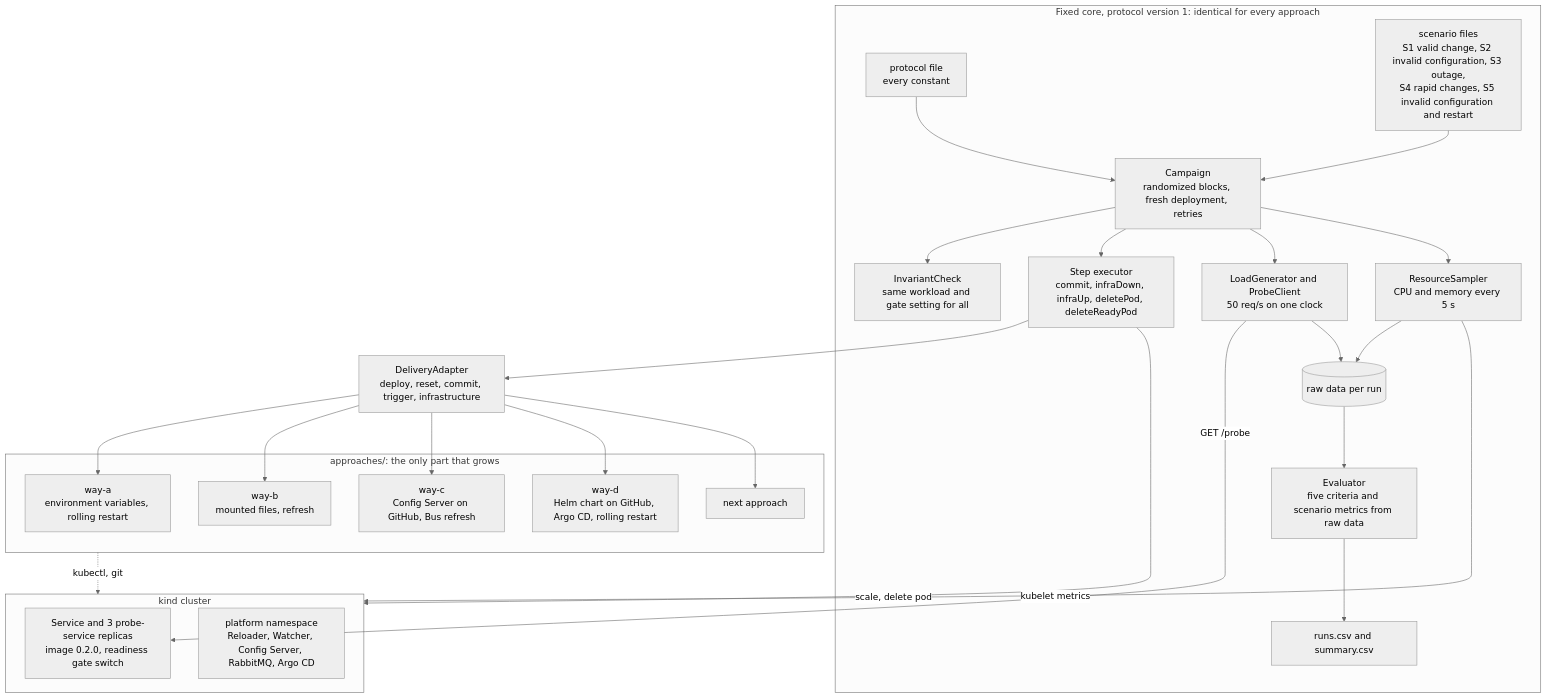
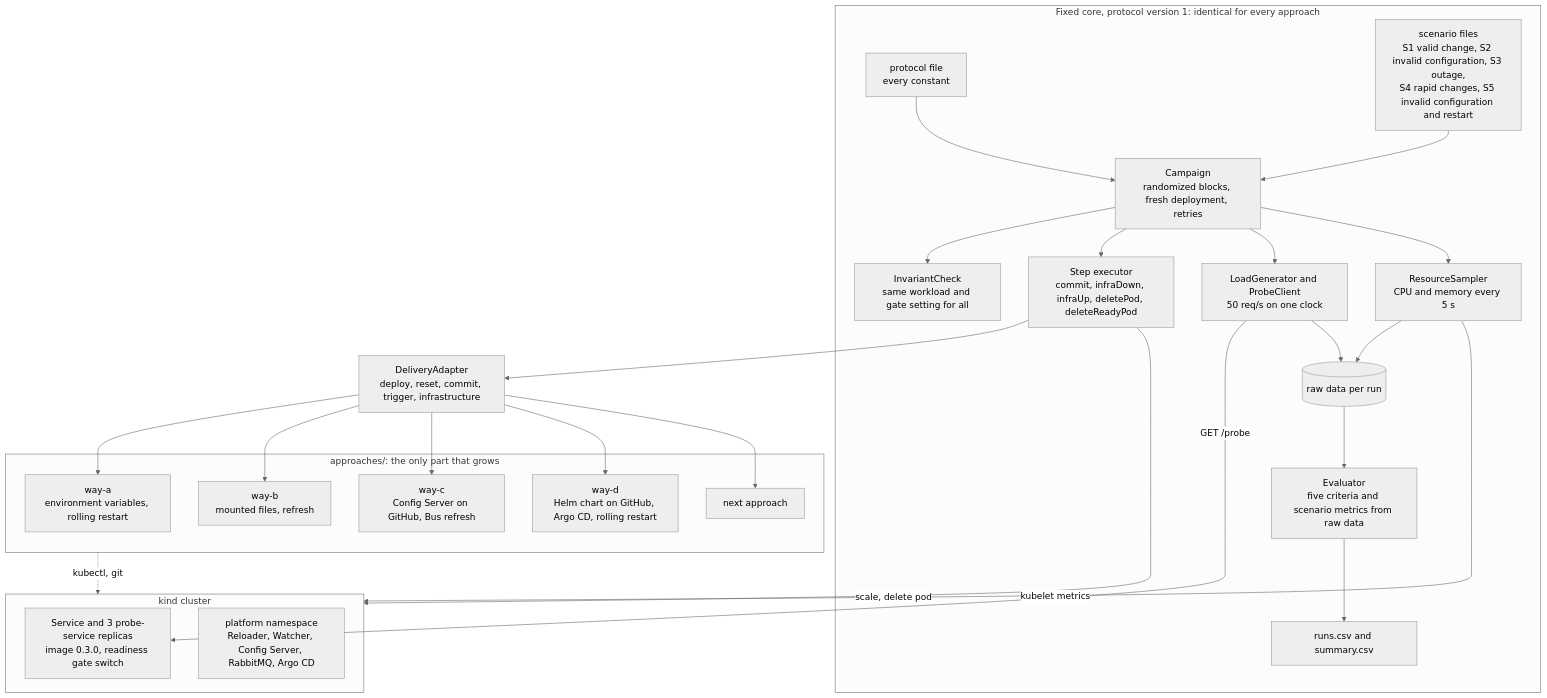
The second of 6 diagrams in document/architecture.md (AimenFH/config-delivery-thesis), drawn with Mermaid (neutral theme) before and after one commit. The commit also changed other lines of this file and 19 other files, not shown here.

````diff
--- a/document/architecture.md
+++ b/document/architecture.md
@@ -78,51 +79,51 @@
 ```mermaid
 flowchart TB
     subgraph core["Fixed core, protocol version 1: identical for every approach"]
         protocol["protocol file<br/>every constant"]
         scen["scenario files<br/>S1 valid change, S2 invalid configuration, S3 outage,<br/>S4 rapid changes, S5 invalid configuration and restart"]
         campaign["Campaign<br/>randomized blocks, fresh deployment, retries"]
         steps["Step executor<br/>commit, infraDown, infraUp, deletePod, deleteReadyPod"]
         inv["InvariantCheck<br/>same workload and gate setting for all"]
         load["LoadGenerator and ProbeClient<br/>50 req/s on one clock"]
         res["ResourceSampler<br/>CPU and memory every 5 s"]
         raw[("raw data per run")]
         eval["Evaluator<br/>five criteria and scenario metrics from raw data"]
         out["runs.csv and summary.csv"]
     end
 
     adapter["DeliveryAdapter<br/>deploy, reset, commit, trigger, infrastructure"]
 
     subgraph approaches["approaches/: the only part that grows"]
         a["way-a<br/>environment variables, rolling restart"]
         b["way-b<br/>mounted files, refresh"]
         c["way-c<br/>Config Server on GitHub, Bus refresh"]
         d["way-d<br/>Helm chart on GitHub, Argo CD, rolling restart"]
         n["next approach"]
     end
 
     subgraph cluster["kind cluster"]
-        svc["Service and 3 probe-service replicas<br/>image 0.2.0, readiness gate switch"]
+        svc["Service and 3 probe-service replicas<br/>image 0.3.0, readiness gate switch"]
         infra["platform namespace<br/>Reloader, Watcher, Config Server, RabbitMQ, Argo CD"]
     end
 
     protocol --> campaign
     scen --> campaign
     campaign --> inv
     campaign --> steps
     steps --> adapter
     steps -- "scale, delete pod" --> cluster
     adapter --> a
     adapter --> b
     adapter --> c
     adapter --> d
     adapter --> n
     approaches -. "kubectl, git" .-> cluster
     campaign --> load
     campaign --> res
     load -- "GET /probe" --> svc
     res -- "kubelet metrics" --> cluster
     load --> raw
     res --> raw
     raw --> eval
     eval --> out
 ```
````
